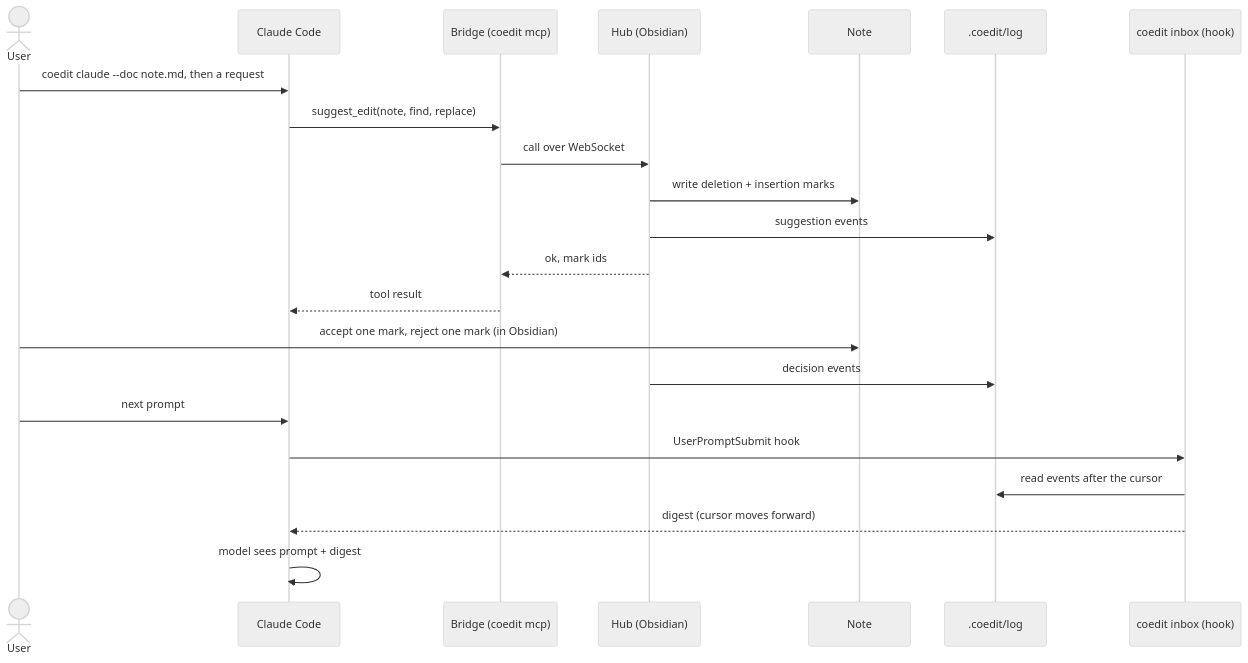
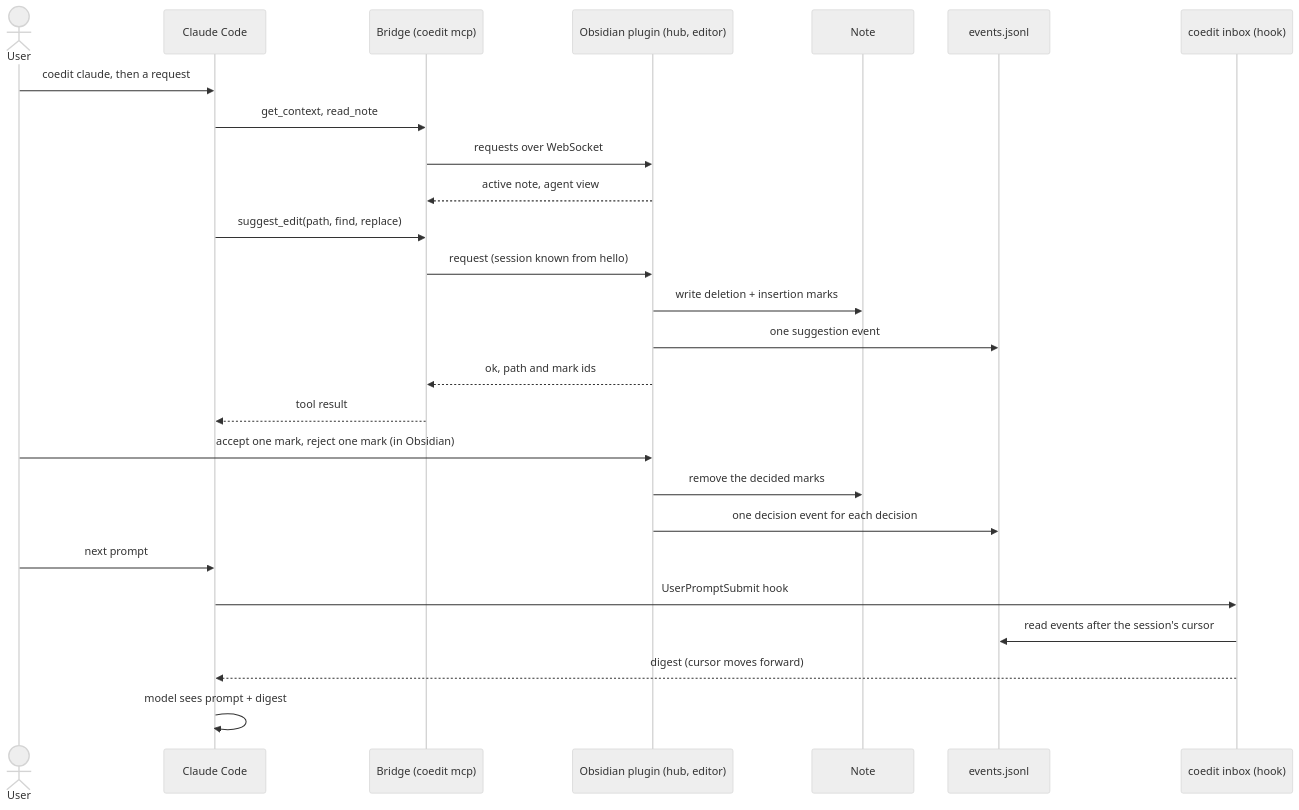
The fourth of 4 diagrams in openspec/docs/architecture.md (novazembla/md-coeditor), drawn with Mermaid (neutral theme) before and after one commit. The commit also changed other lines of this file and 140 other files, not shown here.

Commit message:
applies add-claude-suggest-loop

````diff
--- a/openspec/docs/architecture.md
+++ b/openspec/docs/architecture.md
@@ -156,25 +195,29 @@
 ```mermaid
 sequenceDiagram
   actor U as User
   participant CC as Claude Code
   participant B as Bridge (coedit mcp)
-  participant H as Hub (Obsidian)
+  participant H as Obsidian plugin (hub, editor)
   participant N as Note
-  participant LOG as .coedit/log
+  participant LOG as events.jsonl
   participant I as coedit inbox (hook)
 
-  U->>CC: coedit claude --doc note.md, then a request
-  CC->>B: suggest_edit(note, find, replace)
-  B->>H: call over WebSocket
+  U->>CC: coedit claude, then a request
+  CC->>B: get_context, read_note
+  B->>H: requests over WebSocket
+  H-->>B: active note, agent view
+  CC->>B: suggest_edit(path, find, replace)
+  B->>H: request (session known from hello)
   H->>N: write deletion + insertion marks
-  H->>LOG: suggestion events
-  H-->>B: ok, mark ids
+  H->>LOG: one suggestion event
+  H-->>B: ok, path and mark ids
   B-->>CC: tool result
-  U->>N: accept one mark, reject one mark (in Obsidian)
-  H->>LOG: decision events
+  U->>H: accept one mark, reject one mark (in Obsidian)
+  H->>N: remove the decided marks
+  H->>LOG: one decision event for each decision
   U->>CC: next prompt
   CC->>I: UserPromptSubmit hook
-  I->>LOG: read events after the cursor
+  I->>LOG: read events after the session's cursor
   I-->>CC: digest (cursor moves forward)
   CC->>CC: model sees prompt + digest
 ```
````
